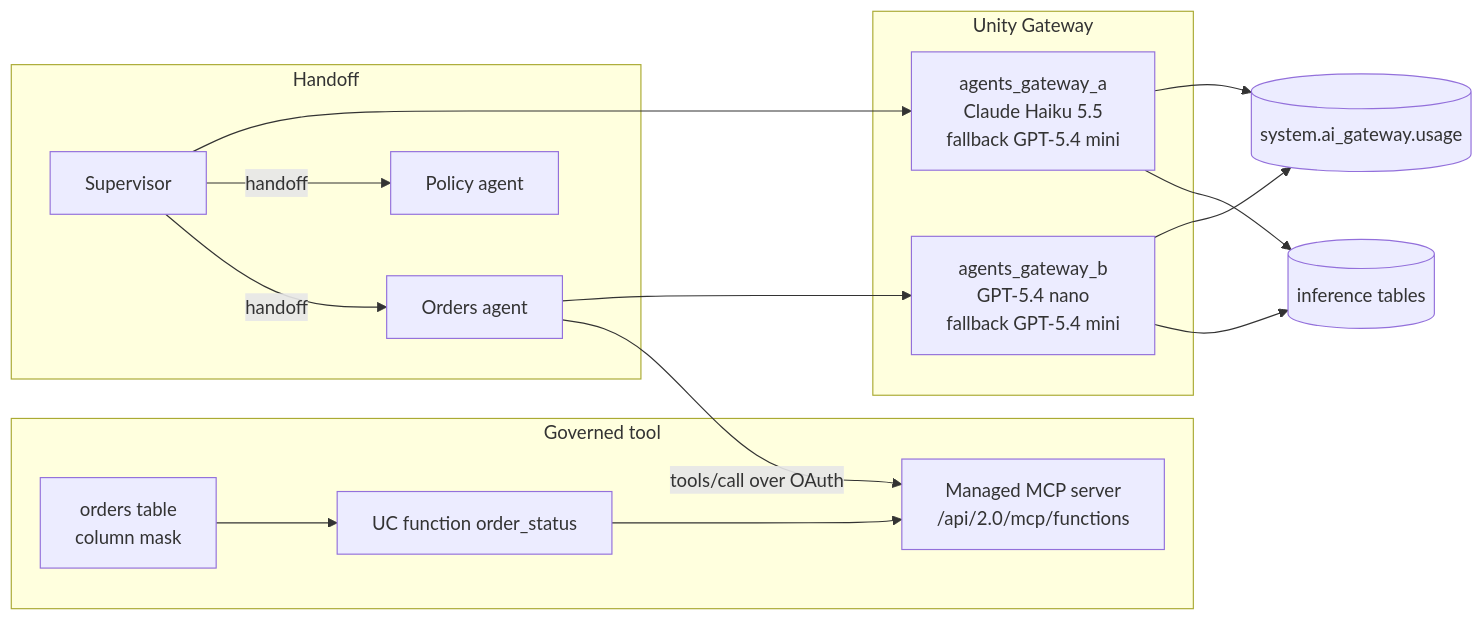
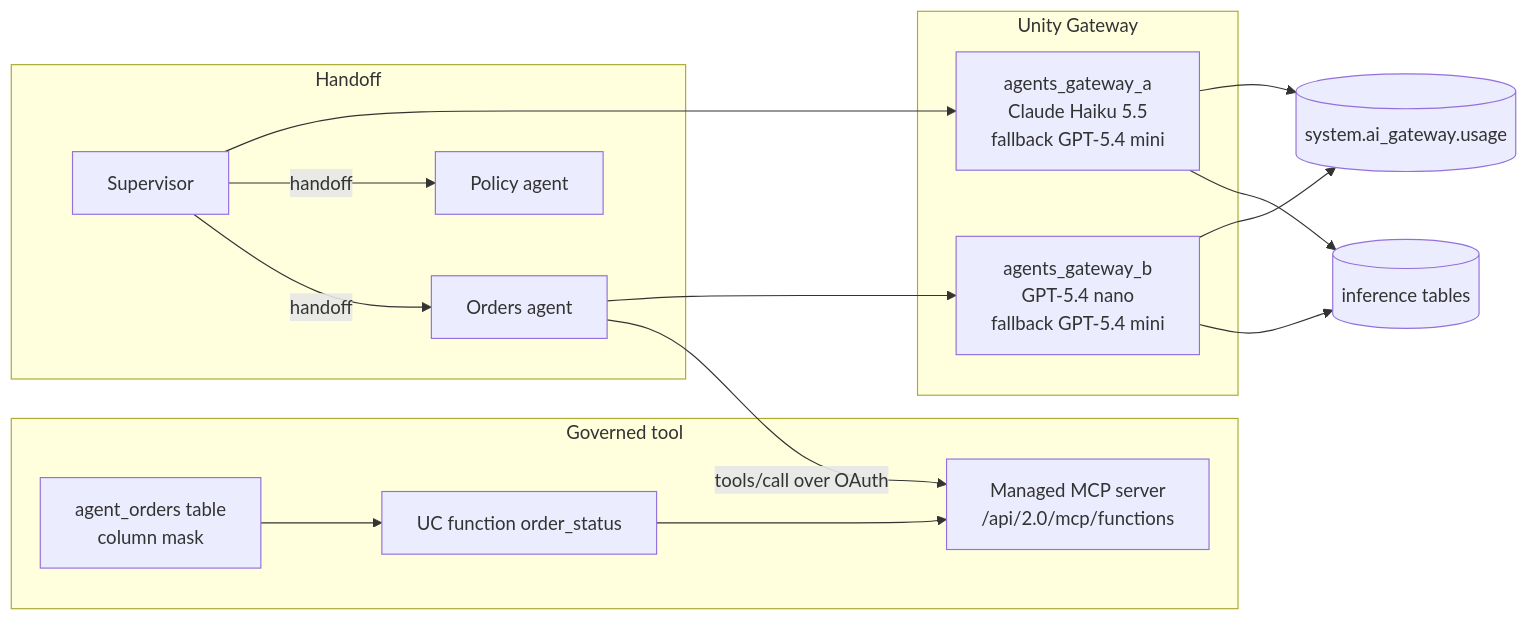
The diagram in reference/agents/guides/agent-framework-support.md (pengbricks/pengbricks-app-capabilities-walkthrough), drawn with Mermaid before and after one commit. The commit also changed other lines of this file and 207 other files, not shown here.

First line of the commit message:
Move every reference bundle to one shared schema

````diff
--- a/reference/agents/guides/agent-framework-support.md
+++ b/reference/agents/guides/agent-framework-support.md
@@ -19,22 +19,22 @@
 ```mermaid
 flowchart LR
   subgraph Tool["Governed tool"]
-    T[orders table<br/>column mask] --> F[UC function order_status]
+    T[agent_orders table<br/>column mask] --> F[UC function order_status]
     F --> M[Managed MCP server<br/>/api/2.0/mcp/functions]
   end
   subgraph Agents["Handoff"]
     S[Supervisor] -->|handoff| O[Orders agent]
     O -->|tools/call over OAuth| M
     S -->|handoff| P[Policy agent]
   end
   subgraph Gateway["Unity Gateway"]
     A[agents_gateway_a<br/>Claude Haiku 5.5<br/>fallback GPT-5.4 mini]
     B[agents_gateway_b<br/>GPT-5.4 nano<br/>fallback GPT-5.4 mini]
   end
   S --> A
   O --> B
   A --> I[(inference tables)]
   B --> I
   A --> U[(system.ai_gateway.usage)]
   B --> U
 ```
````
